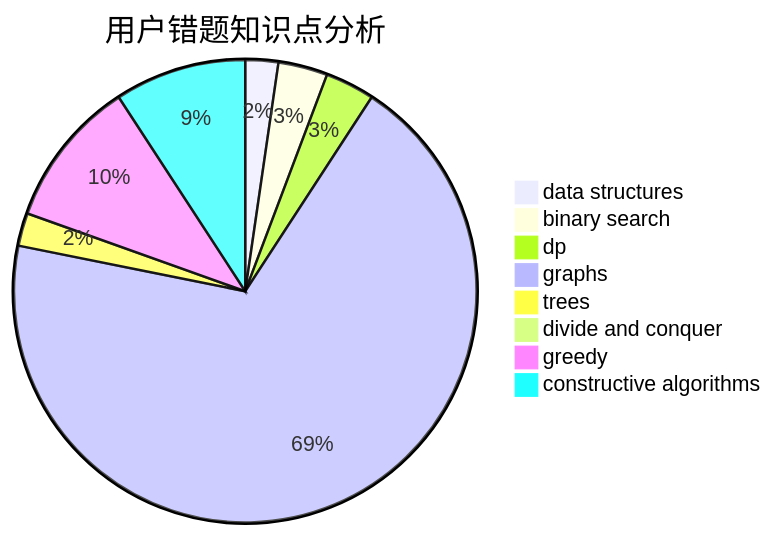
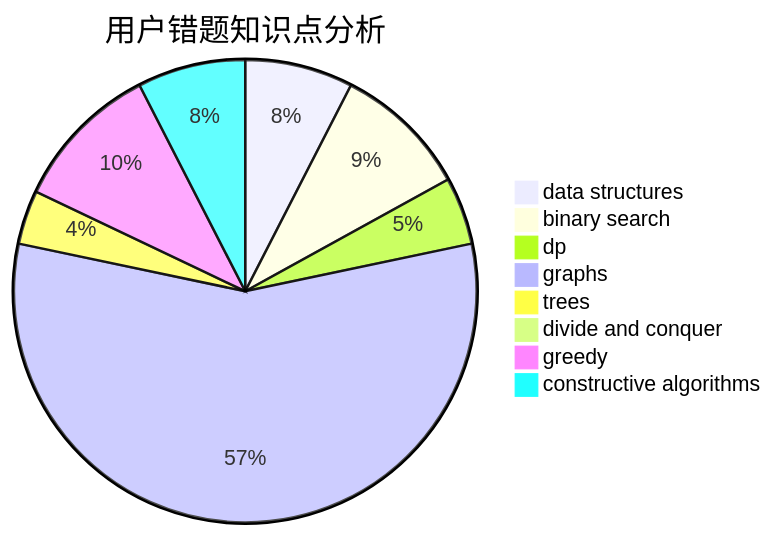
Before and after one commit to sherpahu/cfrs.github.io: the third of 3 diagrams in docs/user/u2577.md, drawn with Mermaid. The commit also changed other lines of this file and 2770 other files, not shown here.

````diff
--- a/docs/user/u2577.md
+++ b/docs/user/u2577.md
@@ -36,11 +36,11 @@
 ```mermaid
 pie title 用户错题知识点分析
-    "data structures" :  2
-    "binary search" :  3
-    "dp" :  3
+    "data structures" :  8
+    "binary search" :  10
+    "dp" :  5
     "graphs" :  60
-    "trees" :  2
+    "trees" :  4
     "divide and conquer" :  0
-    "greedy" :  9
+    "greedy" :  11
     "constructive algorithms" :  8
 ```
````
